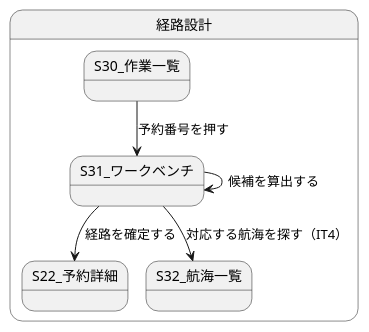
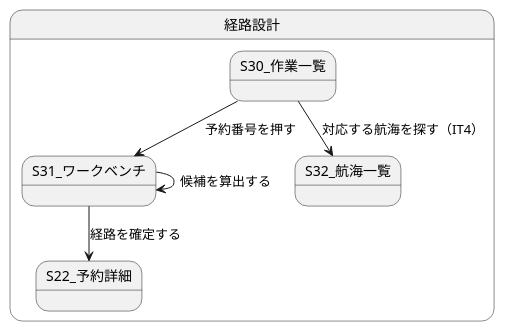
One commit to k2works/case-study-cargo-tracker changed the fifth of 5 diagrams in docs/development/cargo-tracker/iteration_plan-5.md. Above: the diagram before and after it, drawn with PlantUML. The commit also changed other lines of this file and 9 other files, not shown here.

````diff
--- a/docs/development/cargo-tracker/iteration_plan-5.md
+++ b/docs/development/cargo-tracker/iteration_plan-5.md
@@ -251,10 +259,10 @@
 ```plantuml
 @startuml
 state "経路設計" as routing {
   S30_作業一覧 --> S31_ワークベンチ : 予約番号を押す
   S31_ワークベンチ --> S31_ワークベンチ : 候補を算出する
   S31_ワークベンチ --> S22_予約詳細 : 経路を確定する
-  S31_ワークベンチ --> S32_航海一覧 : 対応する航海を探す（IT4）
+  S30_作業一覧 --> S32_航海一覧 : 対応する航海を探す（IT4）
 }
 @enduml
 ```
````
